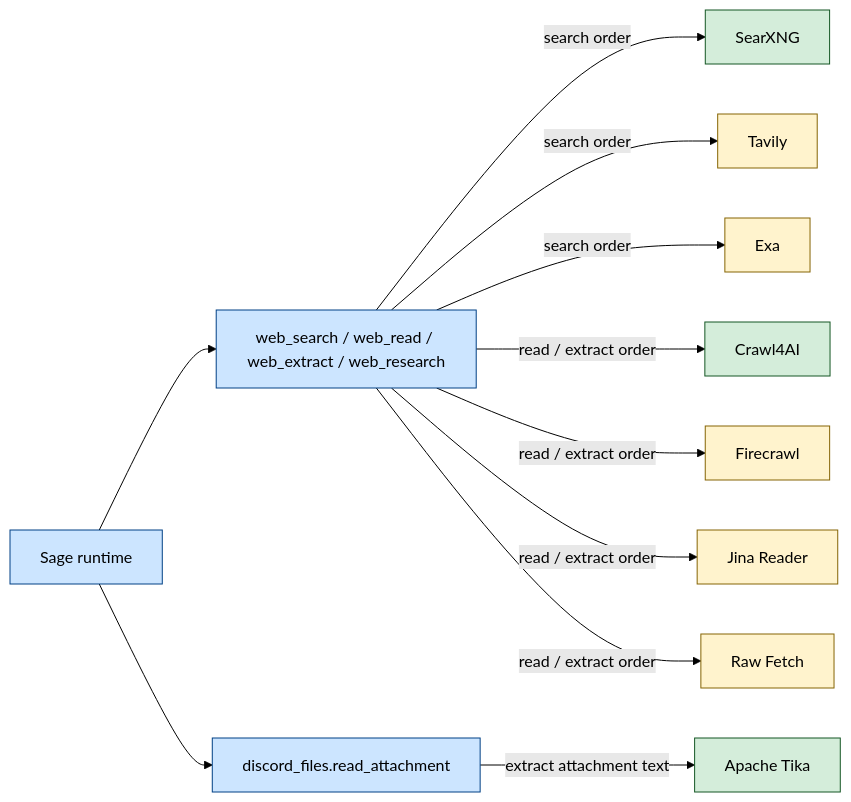
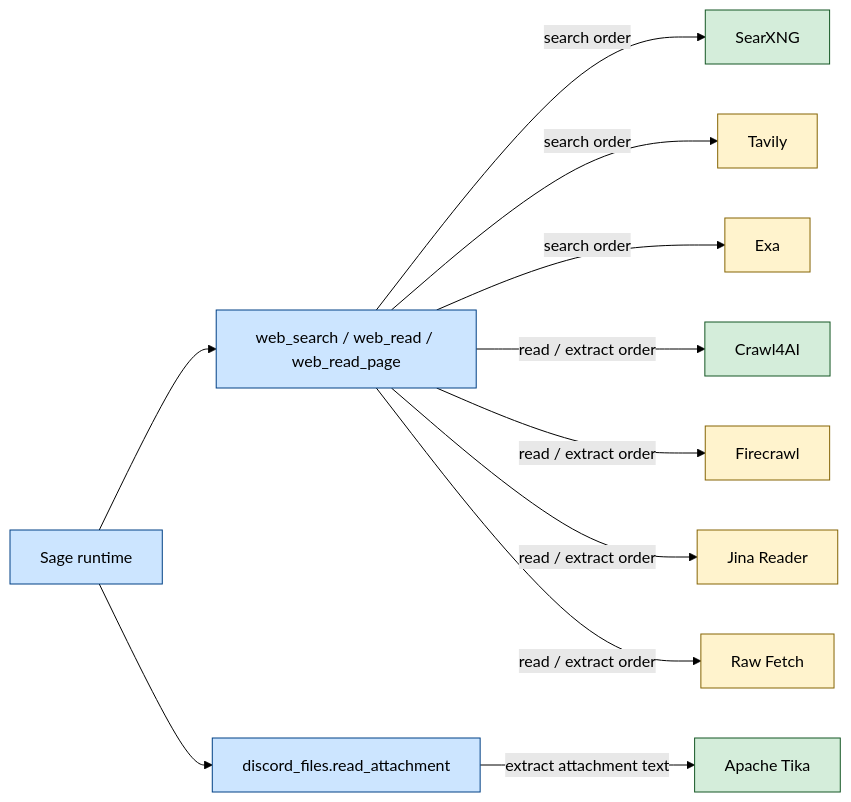
One commit to BokX1/Sage changed the diagram in docs/operations/TOOL_STACK.md. Above: the diagram before and after it, drawn with Mermaid (forest theme). The commit also changed other lines of this file and 41 other files, not shown here.

````diff
--- a/docs/operations/TOOL_STACK.md
+++ b/docs/operations/TOOL_STACK.md
@@ -41,20 +41,20 @@
 ```mermaid
 flowchart LR
     classDef local fill:#d4edda,stroke:#155724,color:black
     classDef hosted fill:#fff3cd,stroke:#856404,color:black
     classDef sage fill:#cce5ff,stroke:#004085,color:black
 
-    S["Sage runtime"]:::sage --> W["web_search / web_read / web_extract / web_research"]:::sage
+    S["Sage runtime"]:::sage --> W["web_search / web_read / web_read_page"]:::sage
     S --> FI["discord_files.read_attachment"]:::sage
 
     W -->|"search order"| S1["SearXNG"]:::local
     W -->|"search order"| S2["Tavily"]:::hosted
     W -->|"search order"| S3["Exa"]:::hosted
 
     W -->|"read / extract order"| C1["Crawl4AI"]:::local
     W -->|"read / extract order"| C2["Firecrawl"]:::hosted
     W -->|"read / extract order"| C3["Jina Reader"]:::hosted
     W -->|"read / extract order"| C4["Raw Fetch"]:::hosted
 
     FI -->|"extract attachment text"| T1["Apache Tika"]:::local
 ```
````
